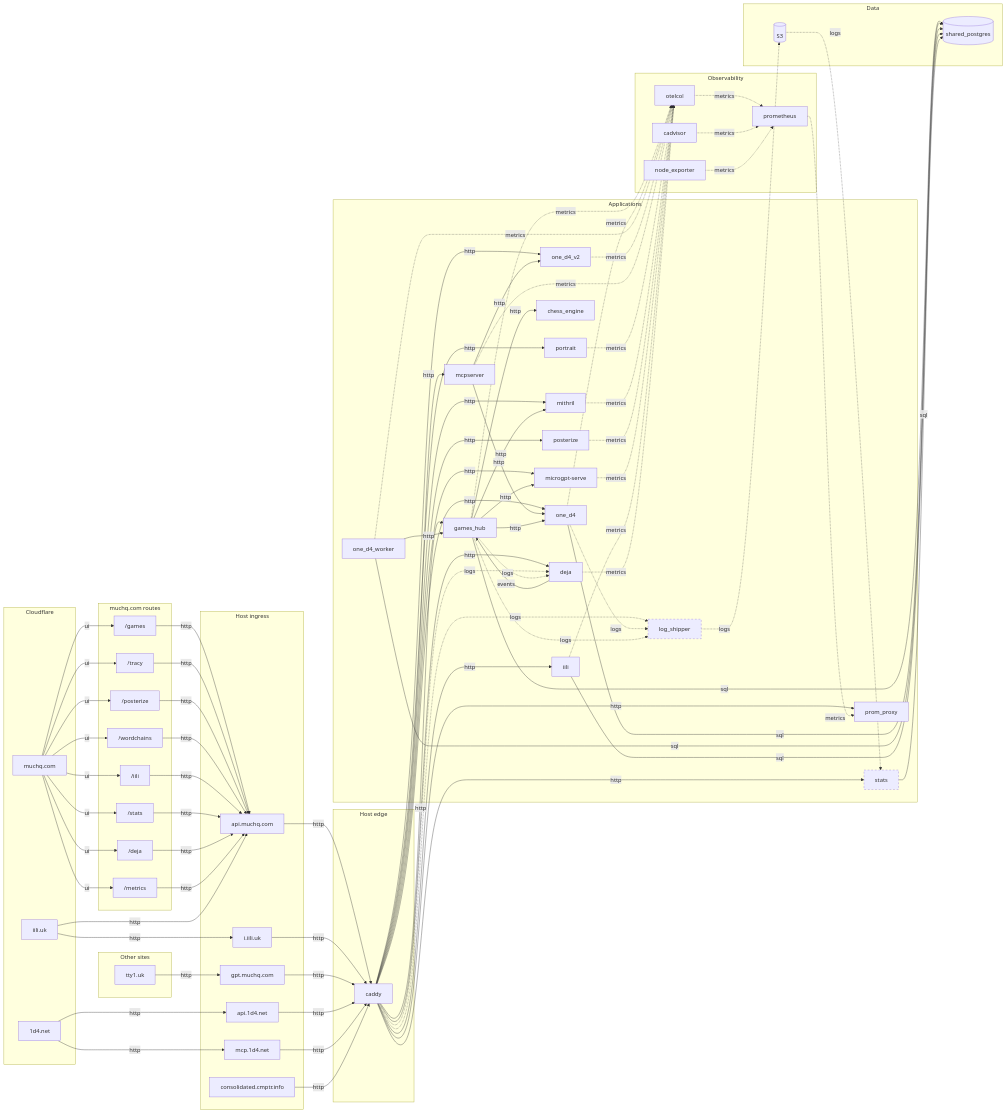
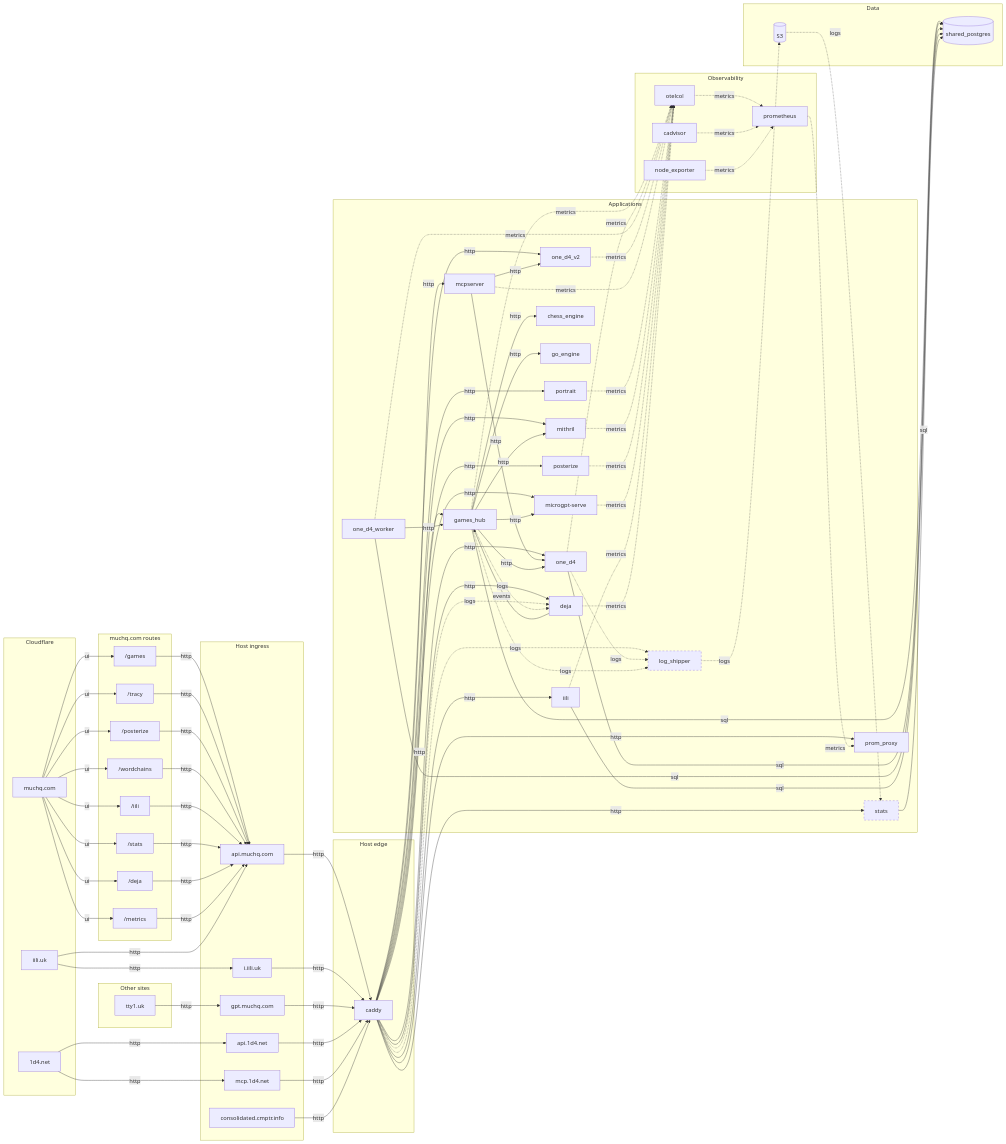
The diagram in src/apps/topology/topology.mmd (muchq/muchq.github.io), drawn with Mermaid before and after one commit.

Commit message:
Topology: go_engine, synced from MoonBase's DEPLOYMENT.md (#469)

```diff
--- a/src/apps/topology/topology.mmd
+++ b/src/apps/topology/topology.mmd
@@ -1,158 +1,160 @@
 flowchart LR
   subgraph cf["Cloudflare"]
     muchq_com["muchq.com"]
     iili_uk["iili.uk"]
     one_d4_net["1d4.net"]
   end
 
   subgraph ext["Other sites"]
     tty1_uk["tty1.uk"]
   end
 
   subgraph ingress["Host ingress"]
     api_muchq["api.muchq.com"]
     i_iili_uk["i.iili.uk"]
     gpt_muchq["gpt.muchq.com"]
     api_1d4["api.1d4.net"]
     mcp_1d4["mcp.1d4.net"]
     cmptr["consolidated.cmptr.info"]
   end
 
   subgraph ui["muchq.com routes"]
     ui_games["/games"]
     ui_tracy["/tracy"]
     ui_posterize["/posterize"]
     ui_wordchains["/wordchains"]
     ui_iili["/iili"]
     ui_stats["/stats"]
     ui_deja["/deja"]
     ui_metrics["/metrics"]
   end
 
   subgraph edge["Host edge"]
     caddy["caddy"]
   end
 
   subgraph apps["Applications"]
     games_hub["games_hub"]
     one_d4["one_d4"]
     one_d4_worker["one_d4_worker"]
     one_d4_v2["one_d4_v2"]
     mcpserver["mcpserver"]
     portrait["portrait"]
     mithril["mithril"]
     chess_engine["chess_engine"]
+    go_engine["go_engine"]
     posterize["posterize"]
     microgpt-serve["microgpt-serve"]
     iili["iili"]
     deja["deja"]
     stats["stats"]:::gated
     log_shipper["log_shipper"]:::gated
     prom_proxy["prom_proxy"]
   end
 
   subgraph data["Data"]
     shared_postgres[("shared_postgres")]
     s3[("S3")]
   end
 
   subgraph obs["Observability"]
     otelcol["otelcol"]
     prometheus["prometheus"]
     cadvisor["cadvisor"]
     node_exporter["node_exporter"]
   end
 
   muchq_com -->|ui| ui_games
   muchq_com -->|ui| ui_tracy
   muchq_com -->|ui| ui_posterize
   muchq_com -->|ui| ui_wordchains
   muchq_com -->|ui| ui_iili
   muchq_com -->|ui| ui_stats
   muchq_com -->|ui| ui_deja
   muchq_com -->|ui| ui_metrics
 
   ui_games -->|http| api_muchq
   ui_tracy -->|http| api_muchq
   ui_posterize -->|http| api_muchq
   ui_wordchains -->|http| api_muchq
   ui_iili -->|http| api_muchq
   ui_stats -->|http| api_muchq
   ui_deja -->|http| api_muchq
   ui_metrics -->|http| api_muchq
 
   iili_uk -->|http| api_muchq
   iili_uk -->|http| i_iili_uk
   one_d4_net -->|http| api_1d4
   one_d4_net -->|http| mcp_1d4
   tty1_uk -->|http| gpt_muchq
 
   api_muchq -->|http| caddy
   i_iili_uk -->|http| caddy
   gpt_muchq -->|http| caddy
   api_1d4 -->|http| caddy
   mcp_1d4 -->|http| caddy
   cmptr -->|http| caddy
 
   caddy -->|http| games_hub
   caddy -->|http| portrait
   caddy -->|http| mithril
   caddy -->|http| posterize
   caddy -->|http| microgpt-serve
   caddy -->|http| one_d4
   caddy -->|http| one_d4_v2
   caddy -->|http| iili
   caddy -->|http| stats
   caddy -->|http| deja
   caddy -->|http| mcpserver
   caddy -->|http| prom_proxy
 
   mcpserver -->|http| one_d4
   mcpserver -->|http| one_d4_v2
   deja -->|events| games_hub
 
   games_hub -->|sql| shared_postgres
   games_hub -->|http| microgpt-serve
   games_hub -->|http| mithril
   games_hub -->|http| chess_engine
+  games_hub -->|http| go_engine
   games_hub -->|http| one_d4
   one_d4 -->|sql| shared_postgres
   one_d4_worker -->|sql| shared_postgres
   one_d4_worker -->|http| games_hub
   iili -->|sql| shared_postgres
   stats -->|sql| shared_postgres
 
   caddy -.->|logs| deja
   games_hub -.->|logs| deja
   caddy -.->|logs| log_shipper
   one_d4 -.->|logs| log_shipper
   games_hub -.->|logs| log_shipper
   log_shipper -.->|logs| s3
   s3 -.->|logs| stats
 
   games_hub -.->|metrics| otelcol
   one_d4 -.->|metrics| otelcol
   one_d4_worker -.->|metrics| otelcol
   one_d4_v2 -.->|metrics| otelcol
   mcpserver -.->|metrics| otelcol
   portrait -.->|metrics| otelcol
   mithril -.->|metrics| otelcol
   posterize -.->|metrics| otelcol
   microgpt-serve -.->|metrics| otelcol
   iili -.->|metrics| otelcol
   deja -.->|metrics| otelcol
   otelcol -.->|metrics| prometheus
   cadvisor -.->|metrics| prometheus
   node_exporter -.->|metrics| prometheus
   prometheus -.->|metrics| prom_proxy
 
   classDef gated stroke-dasharray: 5 5
 
   click games_hub "https://muchq.com/games"
   click portrait "https://muchq.com/tracy"
   click posterize "https://muchq.com/posterize"
   click mithril "https://muchq.com/wordchains"
   click iili "https://muchq.com/iili"
   click stats "https://muchq.com/stats"
   click deja "https://muchq.com/deja"
   click prom_proxy "https://muchq.com/metrics"
```
